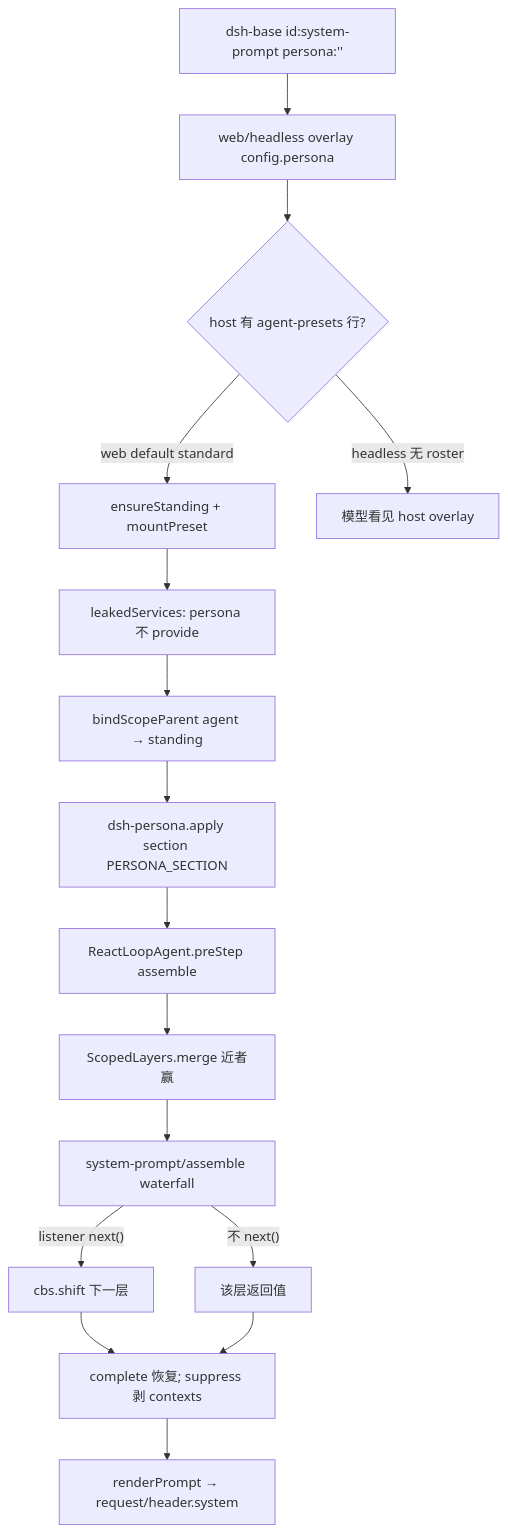
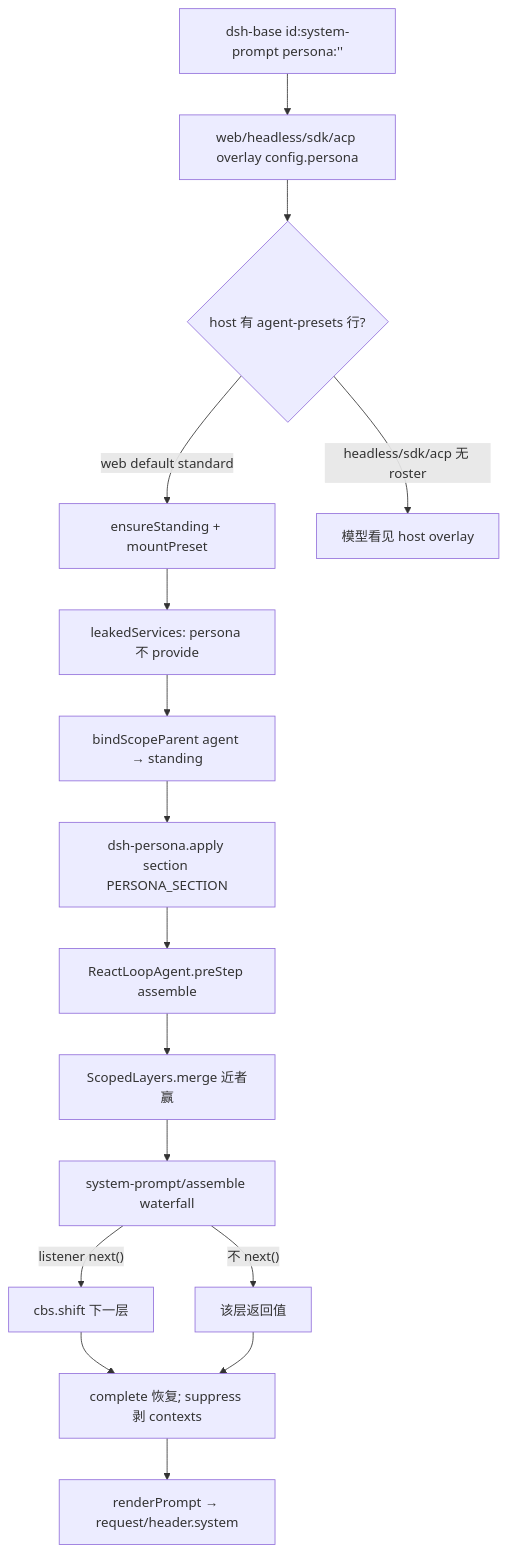
Before and after one commit to wdnmdtonyma/SOTA-Agent-LLM-Wiki: the diagram in docs/llm-wiki/deepseek-harness/subsystems/composition/persona.md, drawn with Mermaid. The commit also changed other lines of this file and 217 other files, not shown here.

````diff
--- a/docs/llm-wiki/deepseek-harness/subsystems/composition/persona.md
+++ b/docs/llm-wiki/deepseek-harness/subsystems/composition/persona.md
@@ -109,18 +114,18 @@
 ```mermaid
 flowchart TD
-  Base["dsh-base id:system-prompt persona:''"] --> Overlay["web/headless overlay config.persona"]
+  Base["dsh-base id:system-prompt persona:''"] --> Overlay["web/headless/sdk/acp overlay config.persona"]
   Overlay --> Roster{"host 有 agent-presets 行?"}
   Roster -->|web default standard| Mount["ensureStanding + mountPreset"]
-  Roster -->|headless 无 roster| HostOnly["模型看见 host overlay"]
+  Roster -->|headless/sdk/acp 无 roster| HostOnly["模型看见 host overlay"]
   Mount --> Leak["leakedServices: persona 不 provide"]
   Leak --> Bind["bindScopeParent agent → standing"]
   Bind --> Apply["dsh-persona.apply section PERSONA_SECTION"]
   Apply --> PreStep["ReactLoopAgent.preStep assemble"]
   PreStep --> Merge["ScopedLayers.merge 近者赢"]
   Merge --> WF["system-prompt/assemble waterfall"]
   WF -->|"listener next()"| Shift["cbs.shift 下一层"]
   WF -->|"不 next()"| Short["该层返回值"]
   Shift --> Post["complete 恢复; suppress 剥 contexts"]
   Short --> Post
   Post --> Header["renderPrompt → request/header.system"]
 ```
````
